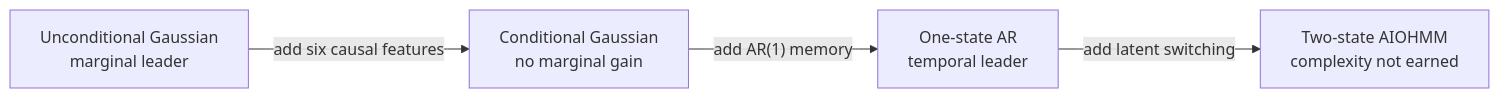
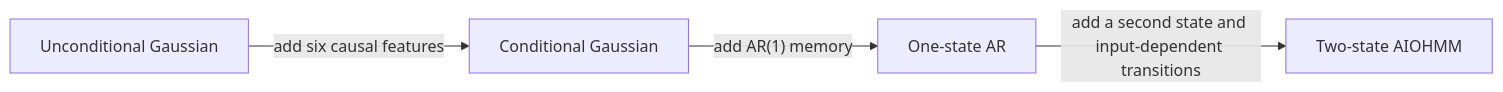
One commit to SirBxss/MPR changed the diagram in docs/model_comparison.md. Above: the diagram before and after it, drawn with Mermaid. The commit also changed other lines of this file and 6 other files, not shown here.

````diff
--- a/docs/model_comparison.md
+++ b/docs/model_comparison.md
@@ -26,6 +47,6 @@
 ```mermaid
 flowchart LR
-    U["Unconditional Gaussian<br/>marginal leader"] -->|"add six causal features"| C["Conditional Gaussian<br/>no marginal gain"]
-    C -->|"add AR(1) memory"| A["One-state AR<br/>temporal leader"]
-    A -->|"add latent switching"| H["Two-state AIOHMM<br/>complexity not earned"]
+    U["Unconditional Gaussian"] -->|"add six causal features"| C["Conditional Gaussian"]
+    C -->|"add AR(1) memory"| A["One-state AR"]
+    A -->|"add a second state and input-dependent transitions"| H["Two-state AIOHMM"]
 ```
````
